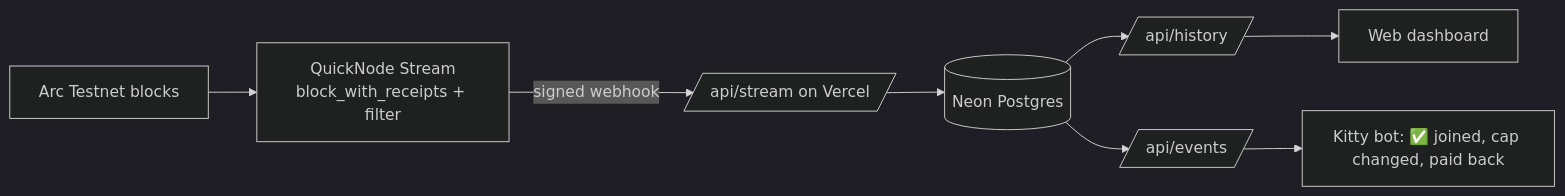
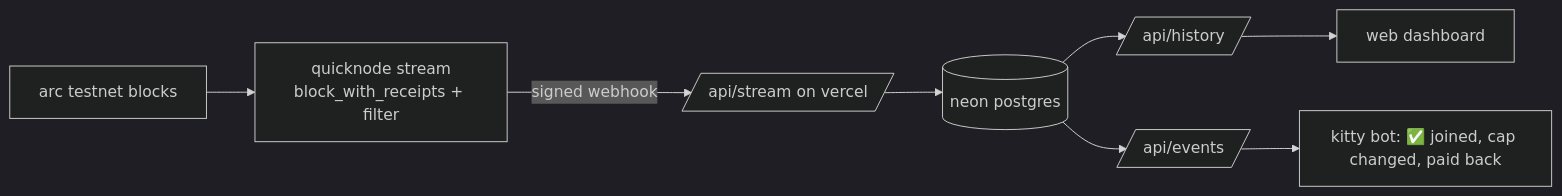
Before and after one commit to siyasiyasiya/ubc2026: the second of 2 diagrams in README.md, drawn with Mermaid (dark theme). The commit also changed other lines of this file, not shown here.

````diff
--- a/README.md
+++ b/README.md
@@ -101,8 +101,8 @@
 ```mermaid
 flowchart LR
-  A[Arc Testnet blocks] --> S[QuickNode Stream<br/>block_with_receipts + filter]
-  S -->|signed webhook| W[/api/stream on Vercel/]
-  W --> P[(Neon Postgres)]
-  P --> H[/api/history/] --> D[Web dashboard]
-  P --> E[/api/events/] --> B[Kitty bot: ✅ joined, cap changed, paid back]
+  A[arc testnet blocks] --> S[quicknode stream<br/>block_with_receipts + filter]
+  S -->|signed webhook| W[/api/stream on vercel/]
+  W --> P[(neon postgres)]
+  P --> H[/api/history/] --> D[web dashboard]
+  P --> E[/api/events/] --> B[kitty bot: ✅ joined, cap changed, paid back]
 ```
````
